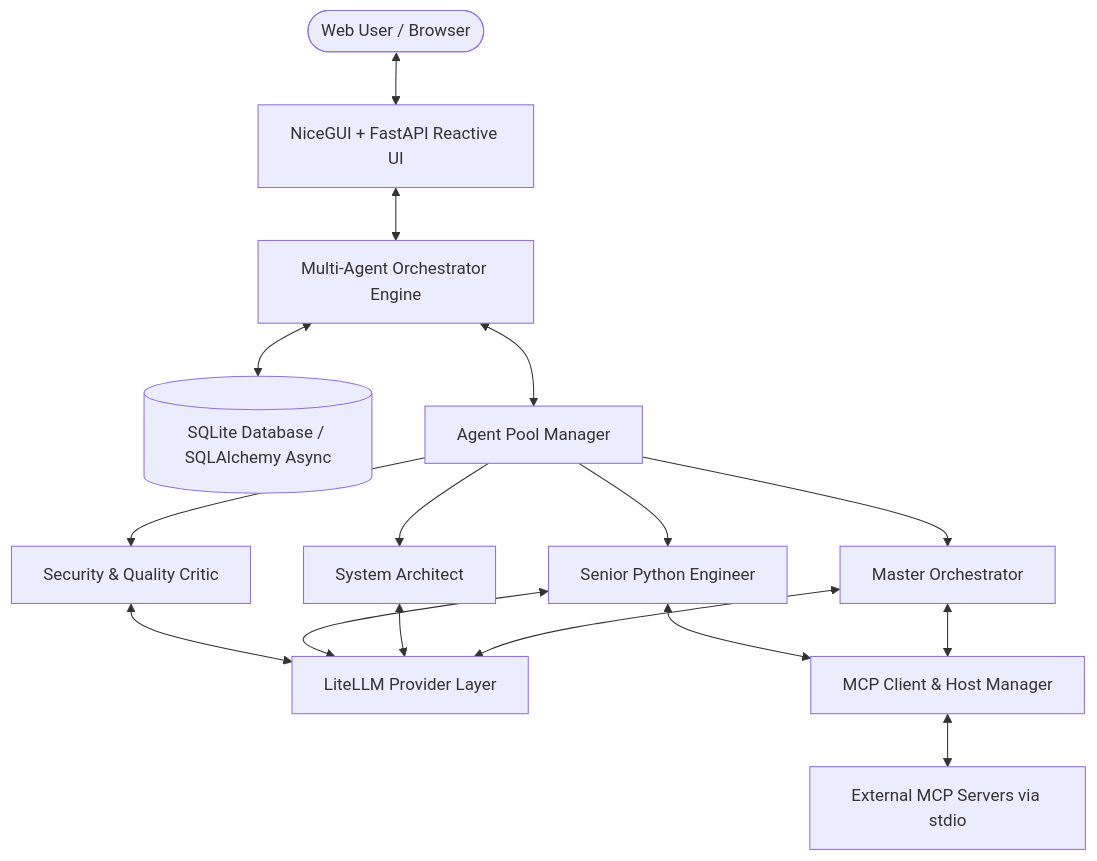
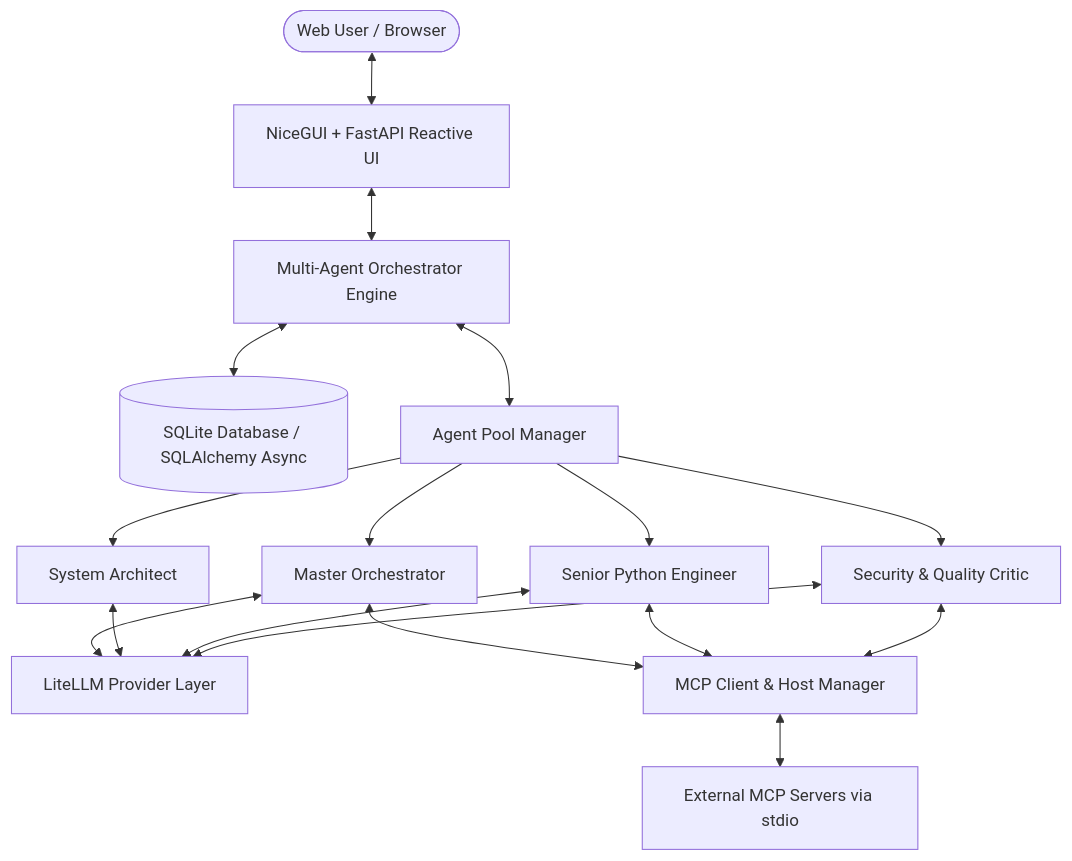
One commit to HaJaehee/MultiAgentDebateAndOrchestrationPlatform changed the diagram in README.md. Above: the diagram before and after it, drawn with Mermaid. The commit also changed other lines of this file and 5 other files, not shown here.

````diff
--- a/README.md
+++ b/README.md
@@ -90,21 +57,22 @@
 ```mermaid
 graph TD
     User([Web User / Browser]) <--> UI[NiceGUI + FastAPI Reactive UI]
     UI <--> Engine[Multi-Agent Orchestrator Engine]
     Engine <--> DB[(SQLite Database / SQLAlchemy Async)]
     Engine <--> Pool[Agent Pool Manager]
     
     Pool --> Orch[Master Orchestrator]
     Pool --> Arch[System Architect]
     Pool --> Coder[Senior Python Engineer]
     Pool --> Critic[Security & Quality Critic]
     
     Orch <--> LLM[LiteLLM Provider Layer]
     Arch <--> LLM
     Coder <--> LLM
     Critic <--> LLM
     
     Orch <--> MCP[MCP Client & Host Manager]
     Coder <--> MCP
+    Critic <--> MCP
     MCP <--> MCPServers[External MCP Servers via stdio]
 ```
````
